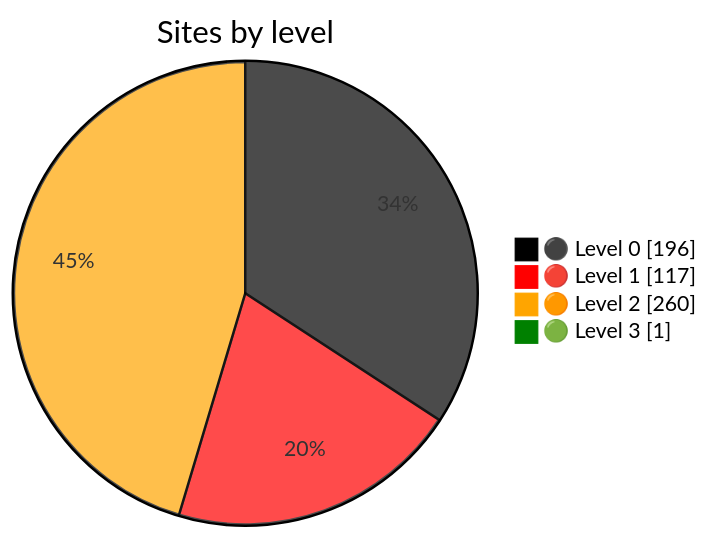
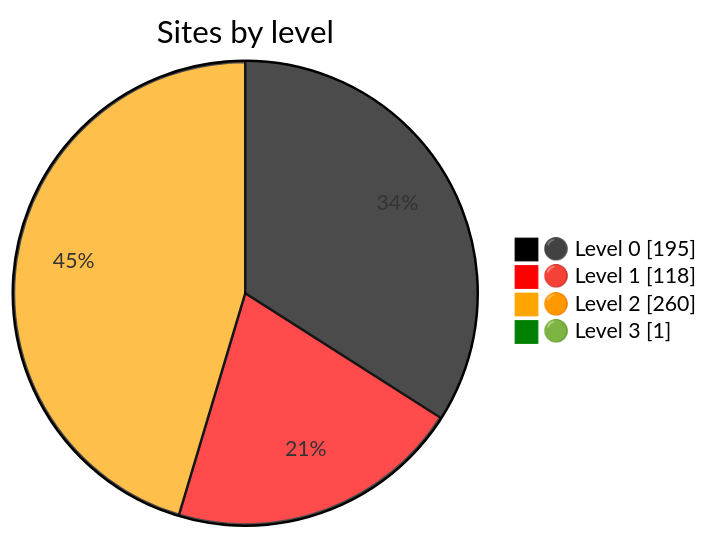
Before and after one commit to Dushmilan/gov_lk_web_auditor: the diagram in README.md, drawn with Mermaid. The commit also changed other lines of this file and 2542 other files, not shown here.

````diff
--- a/README.md
+++ b/README.md
@@ -24,9 +24,9 @@
 ```mermaid
 %%{init: {"themeVariables":{"pie1":"black","pie2":"red","pie3":"orange","pie4":"green"}}}%%
 pie showData
     title Sites by level
-    "⚫ Level 0" : 196
-    "🔴 Level 1" : 117
+    "⚫ Level 0" : 195
+    "🔴 Level 1" : 118
     "🟠 Level 2" : 260
     "🟢 Level 3" : 1
 ```
````
